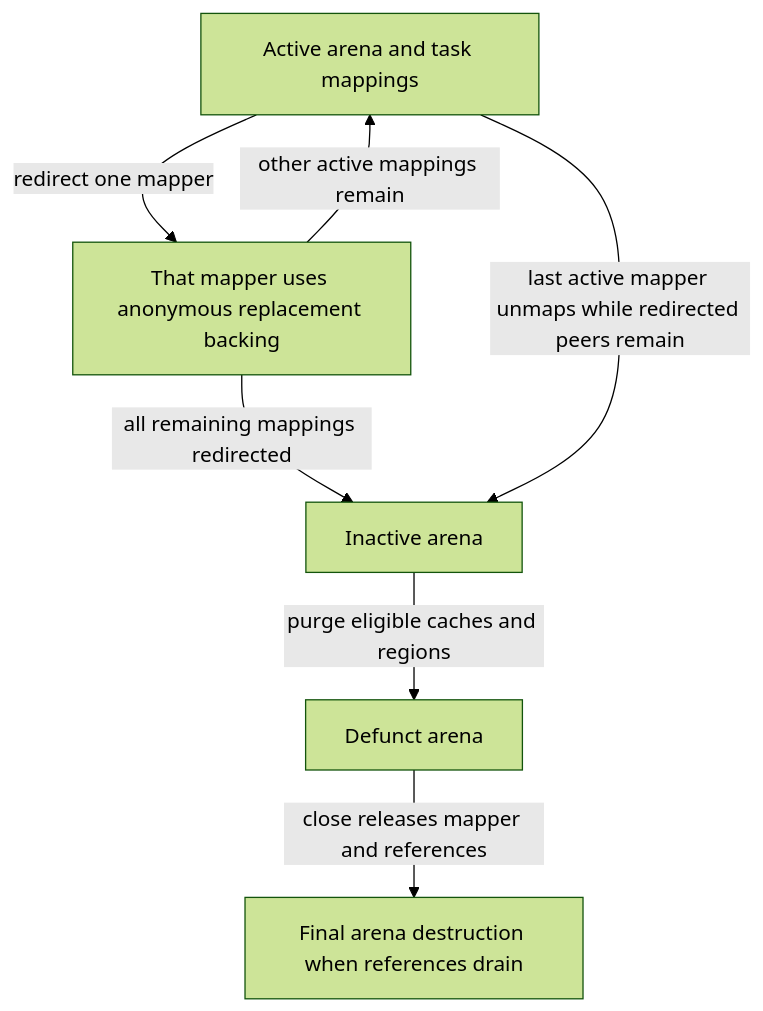
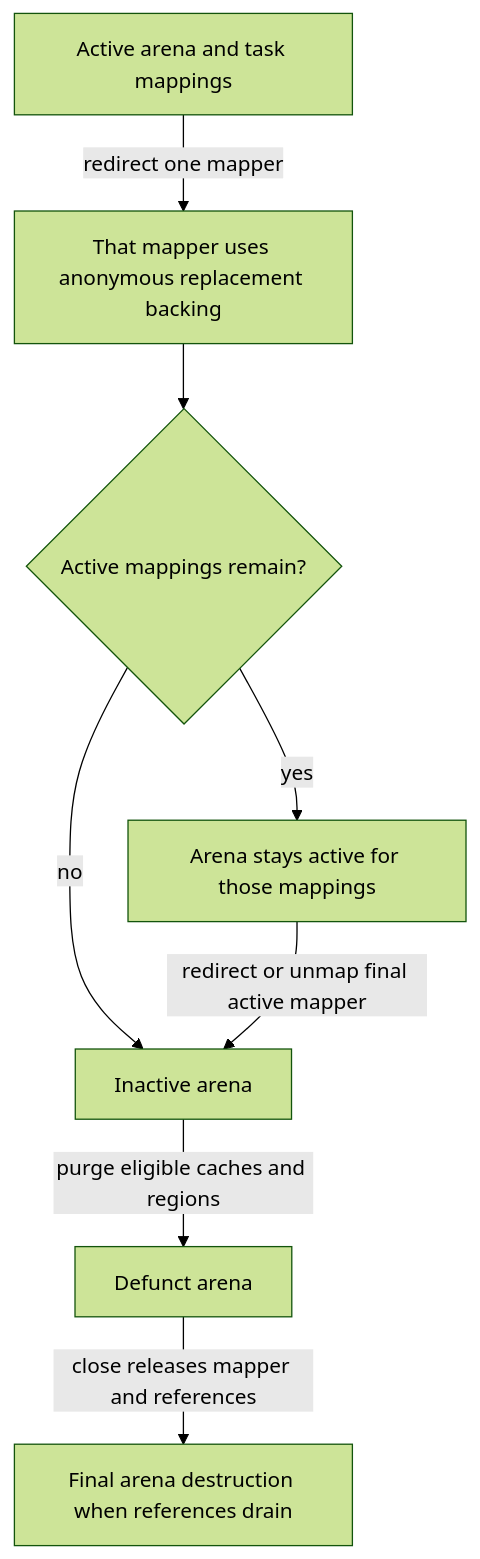
The second of 2 diagrams in docs-ai/subsystems/networking/skywalk-memory-arenas-and-mapping.md (lcq2/platydoc), drawn with Mermaid (forest theme) before and after one commit. The commit also changed 63 other files, not shown here.

````diff
--- a/docs-ai/subsystems/networking/skywalk-memory-arenas-and-mapping.md
+++ b/docs-ai/subsystems/networking/skywalk-memory-arenas-and-mapping.md
@@ -155,9 +155,10 @@
 ```mermaid
 flowchart TD
     A[Active arena and task mappings] -->|redirect one mapper| R[That mapper uses anonymous replacement backing]
-    R -->|other active mappings remain| A
-    R -->|all remaining mappings redirected| I[Inactive arena]
+    R --> C{Active mappings remain?}
+    C -->|yes| W[Arena stays active for those mappings]
+    C -->|no| I[Inactive arena]
+    W -->|redirect or unmap final active mapper| I
     I -->|purge eligible caches and regions| D[Defunct arena]
     D -->|close releases mapper and references| F[Final arena destruction when references drain]
-    A -->|last active mapper unmaps while redirected peers remain| I
 ```
````
